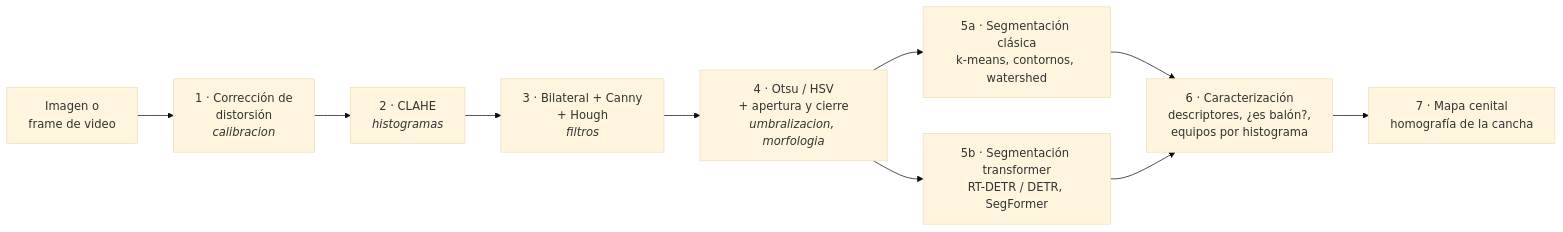
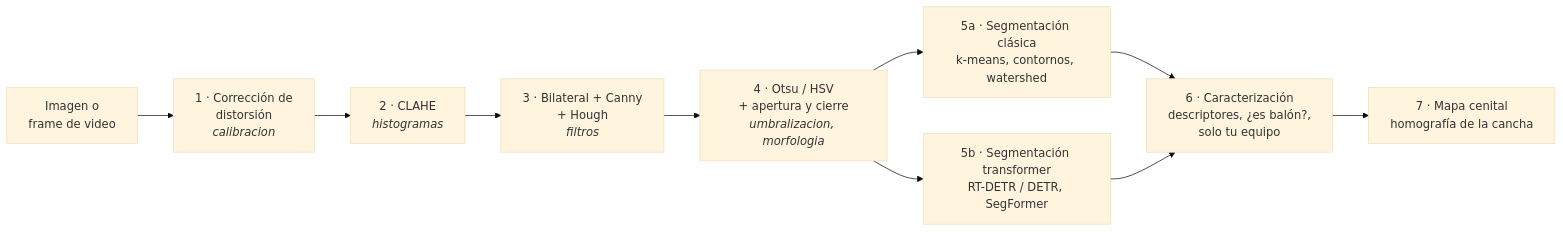
The third of 3 diagrams in README.md (Jeol28/Vision-Artificial), drawn with Mermaid (base theme) before and after one commit. The commit also changed other lines of this file and 5 other files, not shown here.

Commit message:
docs: describir el análisis solo del equipo propio y actualizar capturas

````diff
--- a/README.md
+++ b/README.md
@@ -312,12 +322,12 @@
 ```mermaid
 flowchart LR
     A["Imagen o<br/>frame de video"] --> B["1 · Corrección de<br/>distorsión<br/><i>calibracion</i>"]
     B --> C["2 · CLAHE<br/><i>histogramas</i>"]
     C --> D["3 · Bilateral + Canny<br/>+ Hough<br/><i>filtros</i>"]
     D --> E["4 · Otsu / HSV<br/>+ apertura y cierre<br/><i>umbralizacion, morfologia</i>"]
     E --> F1["5a · Segmentación clásica<br/>k-means, contornos, watershed"]
     E --> F2["5b · Segmentación transformer<br/>RT-DETR / DETR, SegFormer"]
-    F1 --> G["6 · Caracterización<br/>descriptores, ¿es balón?,<br/>equipos por histograma"]
+    F1 --> G["6 · Caracterización<br/>descriptores, ¿es balón?,<br/>solo tu equipo"]
     F2 --> G
     G --> H["7 · Mapa cenital<br/>homografía de la cancha"]
 ```
````
